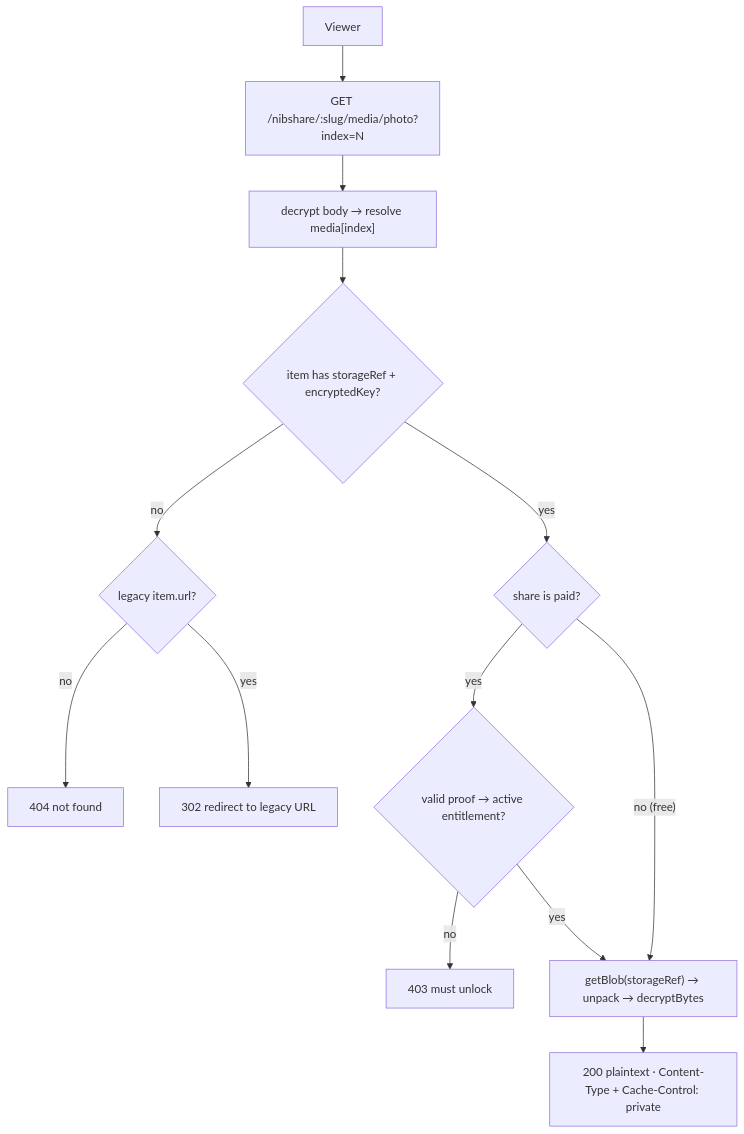
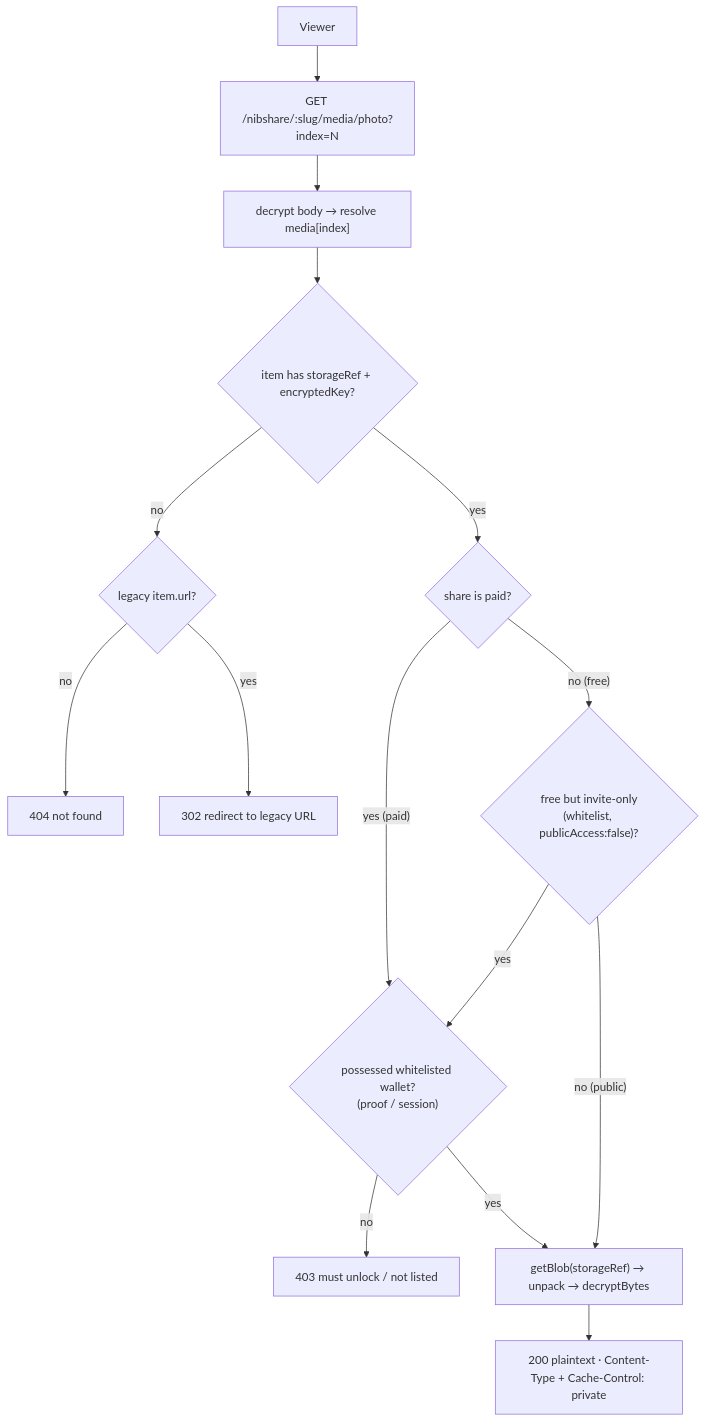
One commit to fortunesayspump/nibgate changed the fourth of 6 diagrams in docs/src/app/nibshare/page.mdx. Above: the diagram before and after it, drawn with Mermaid. The commit also changed other lines of this file and 49 other files, not shown here.

````diff
--- a/docs/src/app/nibshare/page.mdx
+++ b/docs/src/app/nibshare/page.mdx
@@ -181,26 +193,29 @@
 ```mermaid
 flowchart TD
     V["Viewer"]
     M["GET /nibshare/:slug/media/photo?index=N"]
     B["decrypt body → resolve media[index]"]
     H{"item has storageRef + encryptedKey?"}
     N["404 not found"]
     L{"legacy item.url?"}
     LG["302 redirect to legacy URL"]
     F{"share is paid?"}
-    P{"valid proof → active entitlement?"}
-    PF["403 must unlock"]
+    PV{"free but invite-only<br/>(whitelist, publicAccess:false)?"}
+    P{"possessed whitelisted wallet?<br/>(proof / session)"}
+    PF["403 must unlock / not listed"]
     G["getBlob(storageRef) → unpack → decryptBytes"]
     OK["200 plaintext · Content-Type + Cache-Control: private"]
 
     V --> M --> B --> H
     H -- no --> L
     L -- yes --> LG
     L -- no --> N
     H -- yes --> F
-    F -- no (free) --> G
-    F -- yes --> P
+    F -- no (free) --> PV
+    PV -- no (public) --> G
+    PV -- yes --> P
     P -- no --> PF
     P -- yes --> G
+    F -- yes (paid) --> P
     G --> OK
 ```
````
